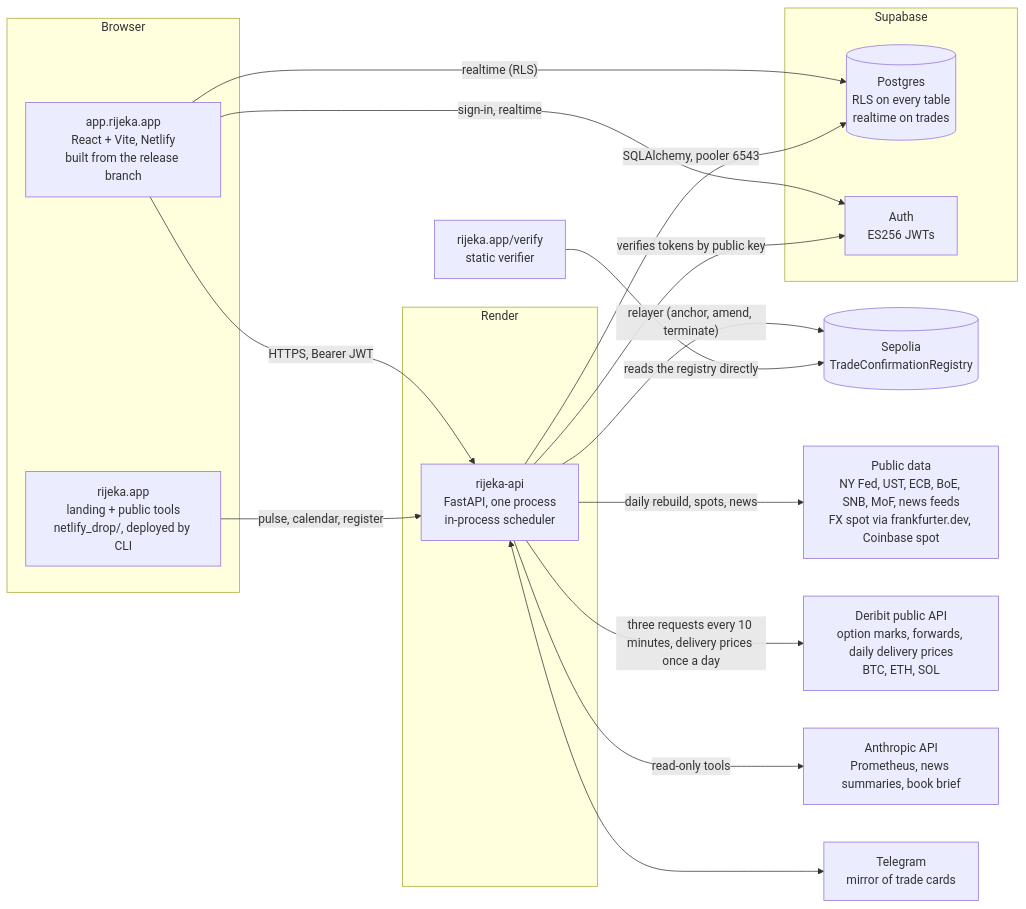
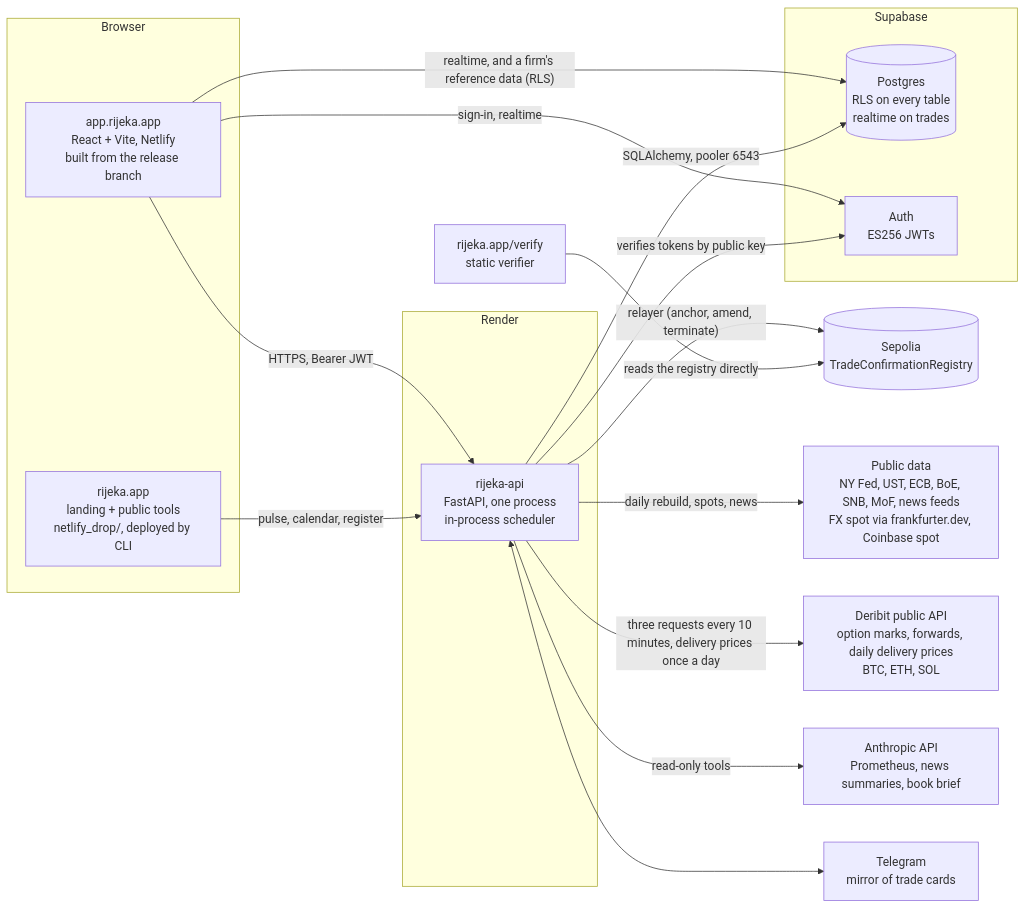
Before and after one commit to MikoDevedzic/rijeka: the diagram in docs/architecture.md, drawn with Mermaid. The commit also changed other lines of this file and 7 other files, not shown here.

````diff
--- a/docs/architecture.md
+++ b/docs/architecture.md
@@ -9,31 +9,31 @@
 ```mermaid
 flowchart LR
   subgraph Browser
     APP[app.rijeka.app<br/>React + Vite, Netlify<br/>built from the release branch]
     LAND[rijeka.app<br/>landing + public tools<br/>netlify_drop/, deployed by CLI]
   end
   subgraph Render
     API[rijeka-api<br/>FastAPI, one process<br/>in-process scheduler]
   end
   subgraph Supabase
     PG[(Postgres<br/>RLS on every table<br/>realtime on trades)]
     AUTH[Auth<br/>ES256 JWTs]
   end
   CHAIN[(Sepolia<br/>TradeConfirmationRegistry)]
   PUB[Public data<br/>NY Fed, UST, ECB, BoE, SNB, MoF, news feeds<br/>FX spot via frankfurter.dev, Coinbase spot]
   VENUE[Deribit public API<br/>option marks, forwards, daily delivery prices<br/>BTC, ETH, SOL]
   ANTH[Anthropic API<br/>Prometheus, news summaries, book brief]
   TG[Telegram<br/>mirror of trade cards]
   APP -- "HTTPS, Bearer JWT" --> API
   APP -- "sign-in, realtime" --> AUTH
-  APP -- "realtime (RLS)" --> PG
+  APP -- "realtime, and a firm's reference data (RLS)" --> PG
   API -- "SQLAlchemy, pooler 6543" --> PG
   API -- "verifies tokens by public key" --> AUTH
   API -- "relayer (anchor, amend, terminate)" --> CHAIN
   API -- "daily rebuild, spots, news" --> PUB
   API -- "three requests every 10 minutes, delivery prices once a day" --> VENUE
   API -- "read-only tools" --> ANTH
   API <--> TG
   LAND -- "pulse, calendar, register" --> API
   VERIFY[rijeka.app/verify<br/>static verifier] -- "reads the registry directly" --> CHAIN
 ```
````
